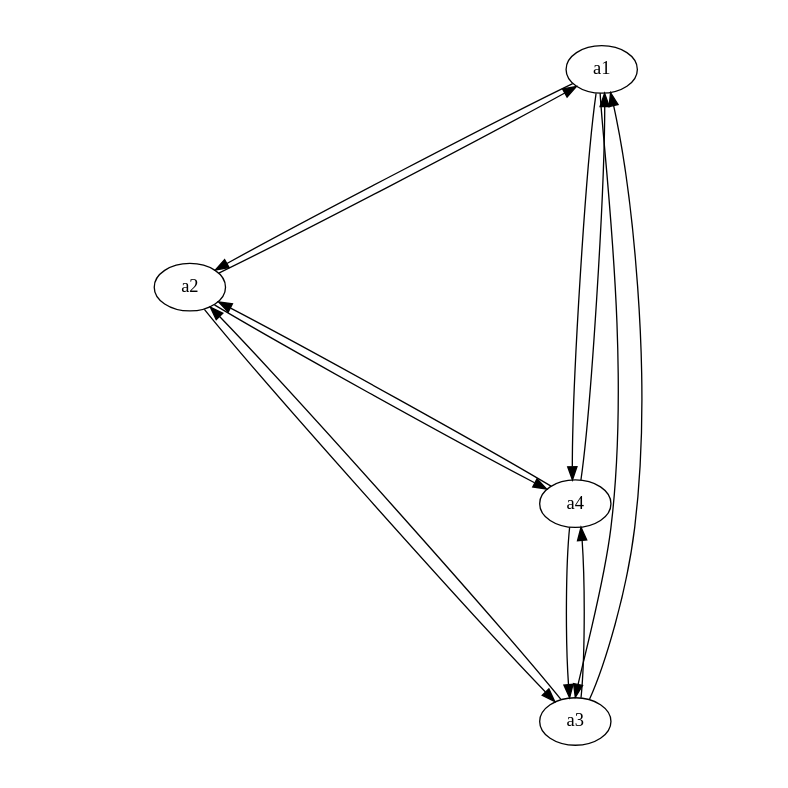
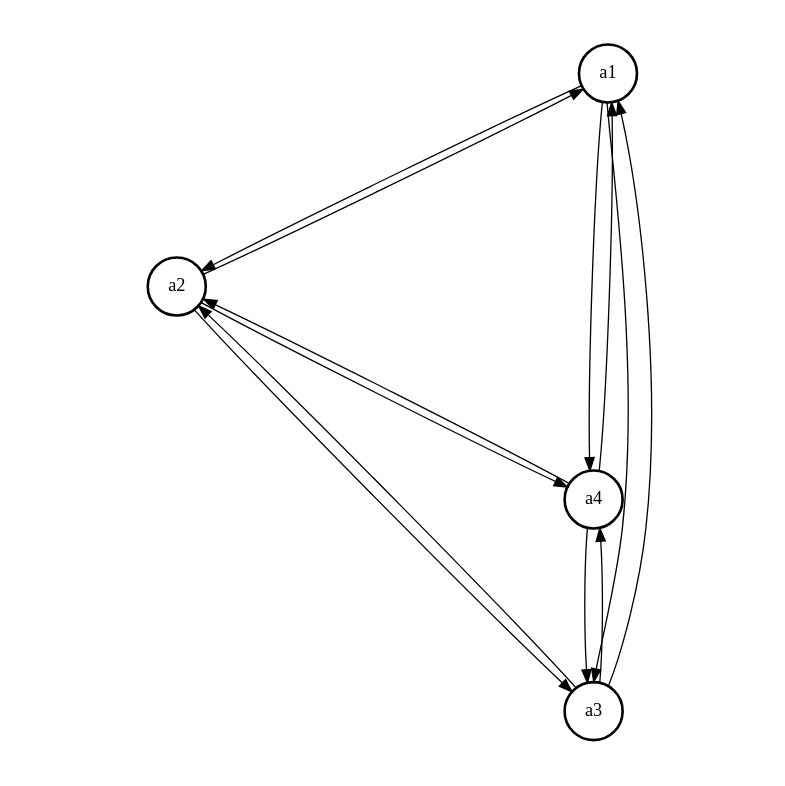
Before and after one commit to jonhoo/simio: the diagram in examples/graphs/complete.gv, drawn with Graphviz. The commit also changed 3 other files, not shown here.

Commit message:
Make graphs prettier

```diff
--- a/examples/graphs/complete.gv
+++ b/examples/graphs/complete.gv
@@ -1,24 +1,26 @@
 digraph {
   size="8,8!";
   ratio="fill";
+  node [shape=circle penwidth=2];
+  edge [fontsize=12];
   a1;
   a2;
   a3;
   a4;
 
   a1 -> a2;
   a1 -> a3;
   a1 -> a4;
 
   a2 -> a1;
   a2 -> a3;
   a2 -> a4;
 
   a3 -> a1;
   a3 -> a2;
   a3 -> a4;
 
   a4 -> a1;
   a4 -> a2;
   a4 -> a3;
 }
```
